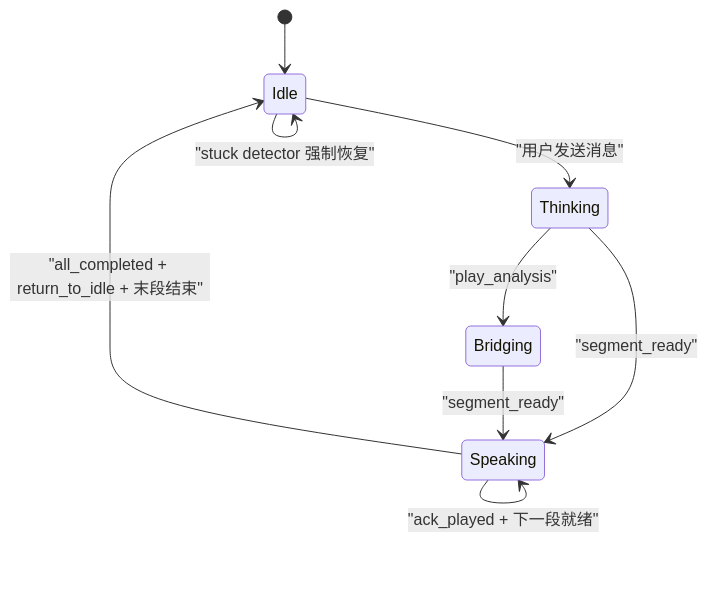
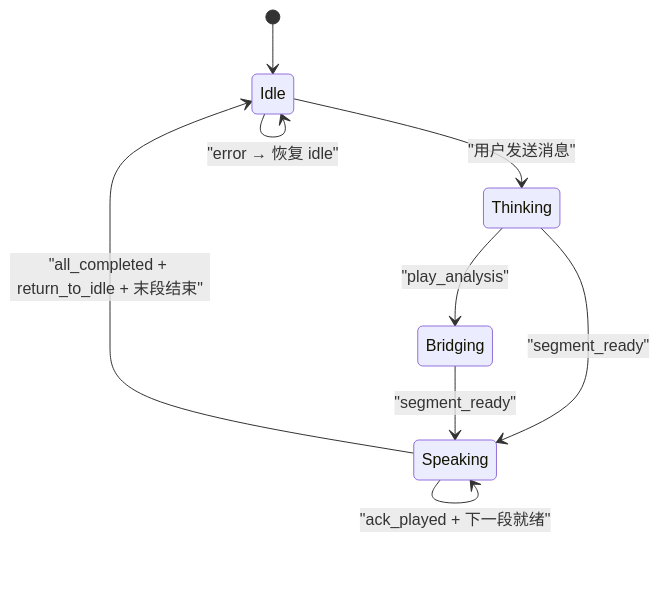
The fourth of 6 diagrams in .qoder/repowiki/zh/content/前端应用/虚拟形象系统.md (leo21cn/real-time-talk), drawn with Mermaid before and after one commit. The commit also changed other lines of this file and 21 other files, not shown here.

````diff
--- a/.qoder/repowiki/zh/content/前端应用/虚拟形象系统.md
+++ b/.qoder/repowiki/zh/content/前端应用/虚拟形象系统.md
@@ -256,12 +181,11 @@
 ```mermaid
 stateDiagram-v2
 [*] --> Idle
 Idle --> Thinking : "用户发送消息"
 Thinking --> Bridging : "play_analysis"
 Thinking --> Speaking : "segment_ready"
 Bridging --> Speaking : "segment_ready"
 Speaking --> Speaking : "ack_played + 下一段就绪"
 Speaking --> Idle : "all_completed + return_to_idle + 末段结束"
 Idle --> Idle : "error → 恢复 idle"
-Idle --> Idle : "stuck detector 强制恢复"
 ```
````
